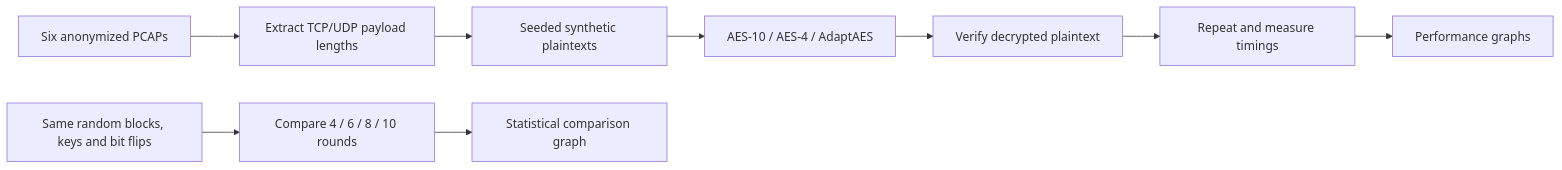
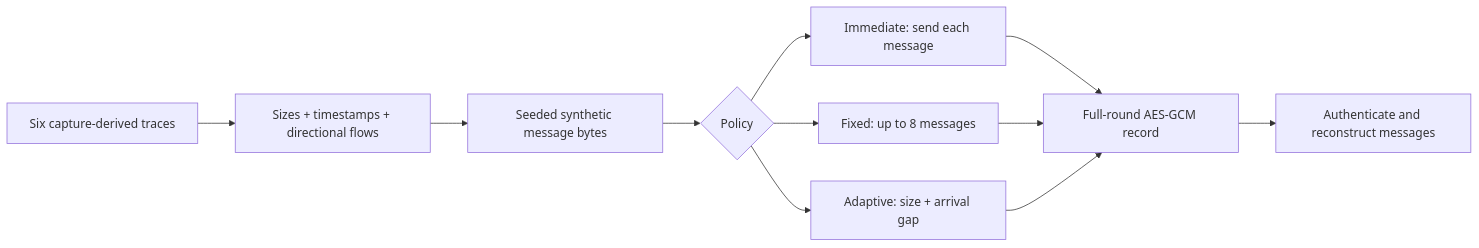
Before and after one commit to aaditagrawal/AdaptAES-Proj: the diagram in docs/professor_guide.md, drawn with Mermaid. The commit also changed other lines of this file, not shown here.

````diff
--- a/docs/professor_guide.md
+++ b/docs/professor_guide.md
@@ -13,11 +13,13 @@
 ```mermaid
 flowchart LR
-    A[Six anonymized PCAPs] --> B[Extract TCP/UDP payload lengths]
-    B --> C[Seeded synthetic plaintexts]
-    C --> D[AES-10 / AES-4 / AdaptAES]
-    D --> E[Verify decrypted plaintext]
-    E --> F[Repeat and measure timings]
-    G[Same random blocks, keys and bit flips] --> H[Compare 4 / 6 / 8 / 10 rounds]
-    F --> I[Performance graphs]
-    H --> J[Statistical comparison graph]
+    A[Six capture-derived traces] --> B[Sizes + timestamps + directional flows]
+    B --> C[Seeded synthetic message bytes]
+    C --> D{Policy}
+    D --> E[Immediate: send each message]
+    D --> F[Fixed: up to 8 messages]
+    D --> G[Adaptive: size + arrival gap]
+    E --> H[Full-round AES-GCM record]
+    F --> H
+    G --> H
+    H --> I[Authenticate and reconstruct messages]
 ```
````
